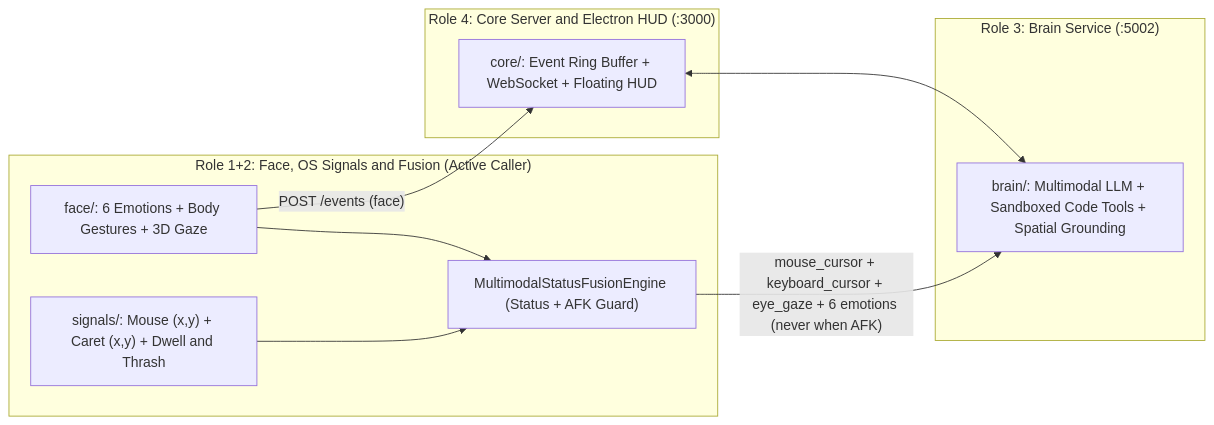
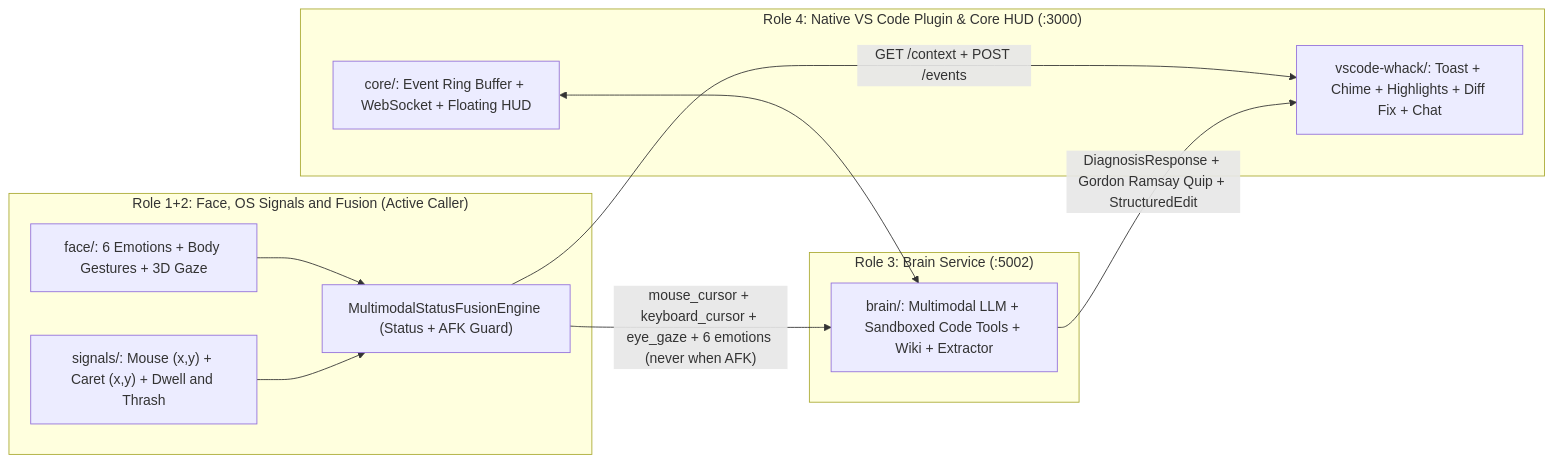
One commit to tythink/WHACK changed the diagram in README.md. Above: the diagram before and after it, drawn with Mermaid. The commit also changed other lines of this file and 60 other files, not shown here.

Commit message:
feat: full live multimodal integration, Chef's Pass VS Code GUI, fatigue break reminders, and auto-wiki hooks

````diff
--- a/README.md
+++ b/README.md
@@ -9,22 +9,24 @@
 ```mermaid
 flowchart LR
     subgraph R12["Role 1+2: Face, OS Signals and Fusion (Active Caller)"]
         FACE["face/: 6 Emotions + Body Gestures + 3D Gaze"]
         SIG["signals/: Mouse (x,y) + Caret (x,y) + Dwell and Thrash"]
         FUSE["MultimodalStatusFusionEngine (Status + AFK Guard)"]
         FACE --> FUSE
         SIG --> FUSE
     end
 
     subgraph R3["Role 3: Brain Service (:5002)"]
-        BRAIN["brain/: Multimodal LLM + Sandboxed Code Tools + Spatial Grounding"]
+        BRAIN["brain/: Multimodal LLM + Sandboxed Code Tools + Wiki + Extractor"]
     end
 
-    subgraph R4["Role 4: Core Server and Electron HUD (:3000)"]
+    subgraph R4["Role 4: Native VS Code Plugin & Core HUD (:3000)"]
+        VSC["vscode-whack/: Toast + Chime + Highlights + Diff Fix + Chat"]
         CORE["core/: Event Ring Buffer + WebSocket + Floating HUD"]
     end
 
     FUSE -- "mouse_cursor + keyboard_cursor + eye_gaze + 6 emotions (never when AFK)" --> BRAIN
-    FACE -- "POST /events (face)" --> CORE
+    FUSE -- "GET /context + POST /events" --> VSC
+    BRAIN -- "DiagnosisResponse + Gordon Ramsay Quip + StructuredEdit" --> VSC
     CORE <--> BRAIN
 ```
````
